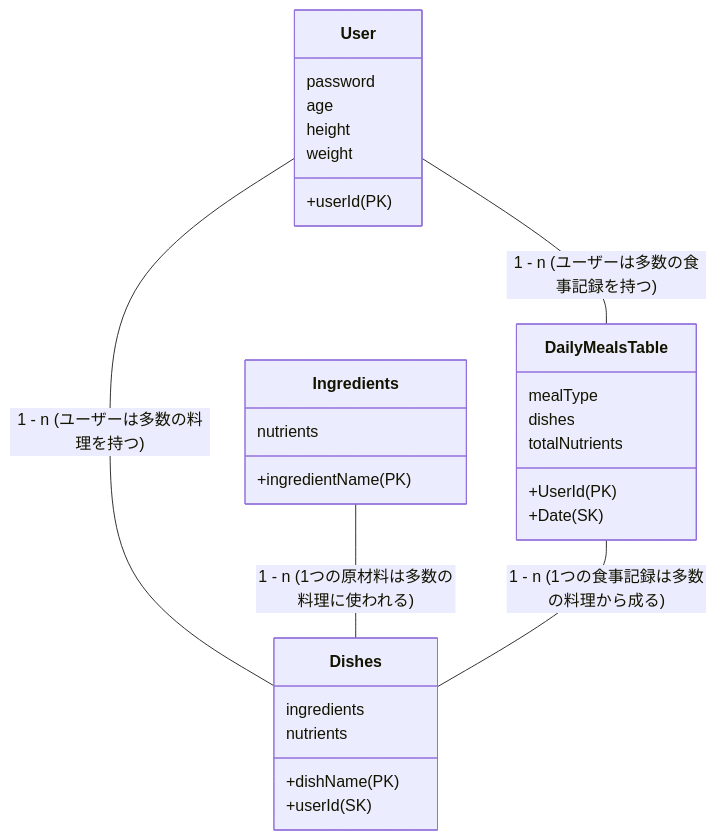
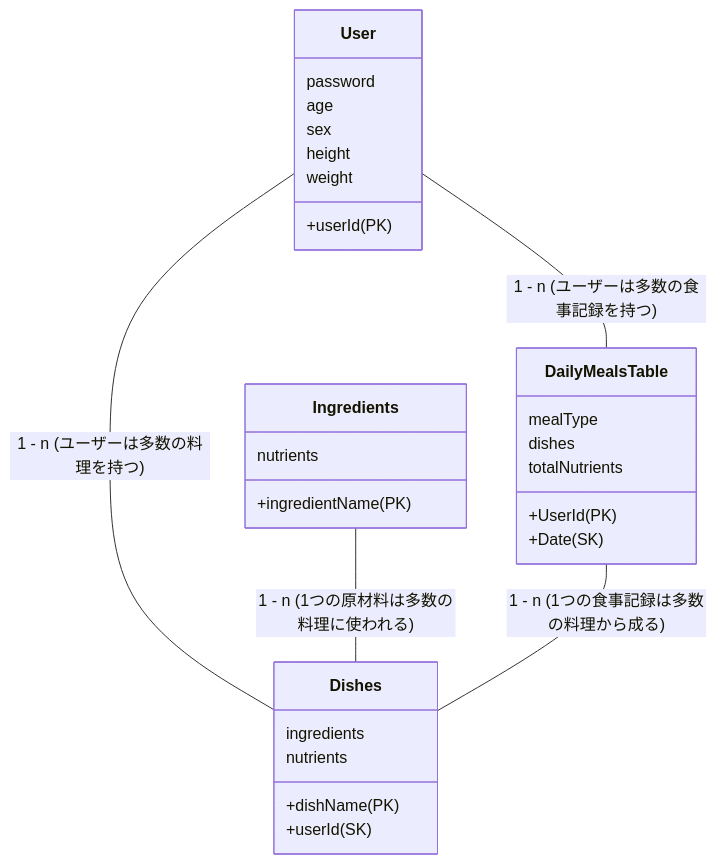
The diagram in README.md (taichi-126/mti-inter), drawn with Mermaid before and after one commit. The commit also changed other lines of this file, not shown here.

````diff
--- a/README.md
+++ b/README.md
@@ -7,36 +7,37 @@
 ```mermaid
 classDiagram
     User -- DailyMealsTable : 1 - n (ユーザーは多数の食事記録を持つ)
     User -- Dishes : 1 - n (ユーザーは多数の料理を持つ)
     Ingredients -- Dishes : 1 - n (1つの原材料は多数の料理に使われる)
     DailyMealsTable -- Dishes : 1 - n (1つの食事記録は多数の料理から成る)
 
     class User {
         +userId (PK)
         password
         age
+        sex
         height
 　　　　　　　　　　　　　　　　weight
     }
 
     class Dishes {
         +dishName (PK)
         +userId (SK)
         ingredients
         nutrients
     }
 
     class DailyMealsTable {
         +UserId (PK)
         +Date (SK)
         mealType
         dishes
         totalNutrients
     }
 
     class Ingredients {
         +ingredientName (PK)
         nutrients
     }
 
 ```
````
